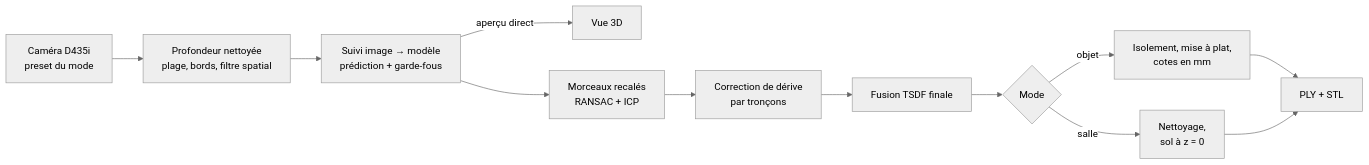
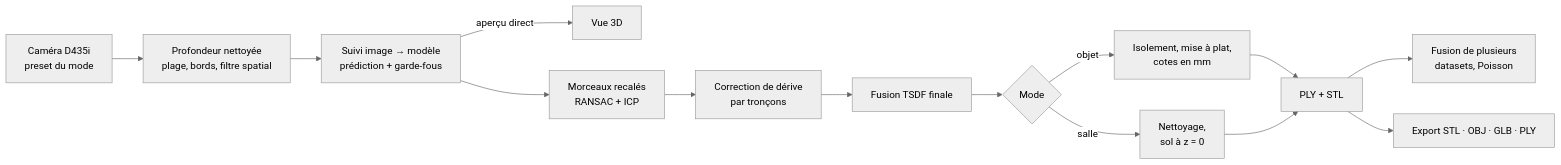
Before and after one commit to balazsralph/3DScan-D435I-Realsense: the diagram in README.md, drawn with Mermaid (neutral theme). The commit also changed other lines of this file and 20 other files, not shown here.

First line of the commit message:
feat: export STL/OBJ/GLB/PLY, couverture en direct et fusion de datasets

````diff
--- a/README.md
+++ b/README.md
@@ -54,14 +59,16 @@
 ```mermaid
 flowchart LR
     A[Caméra D435i<br/>preset du mode] --> B[Profondeur nettoyée<br/>plage, bords, filtre spatial]
     B --> C[Suivi image → modèle<br/>prédiction + garde-fous]
     C -->|aperçu direct| V[Vue 3D]
     C --> D[Morceaux recalés<br/>RANSAC + ICP]
     D --> E[Correction de dérive<br/>par tronçons]
     E --> F[Fusion TSDF finale]
     F --> G{Mode}
     G -->|objet| H[Isolement, mise à plat,<br/>cotes en mm]
     G -->|salle| I[Nettoyage,<br/>sol à z = 0]
     H --> J[PLY + STL]
     I --> J
+    J --> K[Fusion de plusieurs<br/>datasets, Poisson]
+    J --> L[Export STL · OBJ · GLB · PLY]
 ```
````
